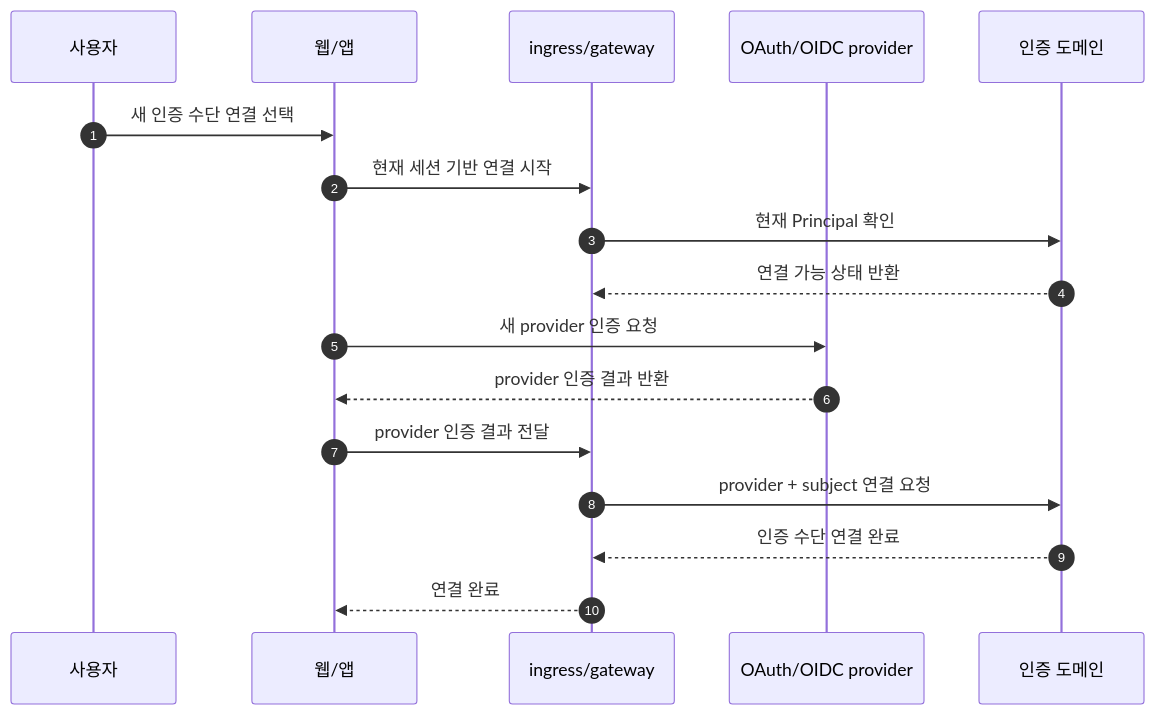
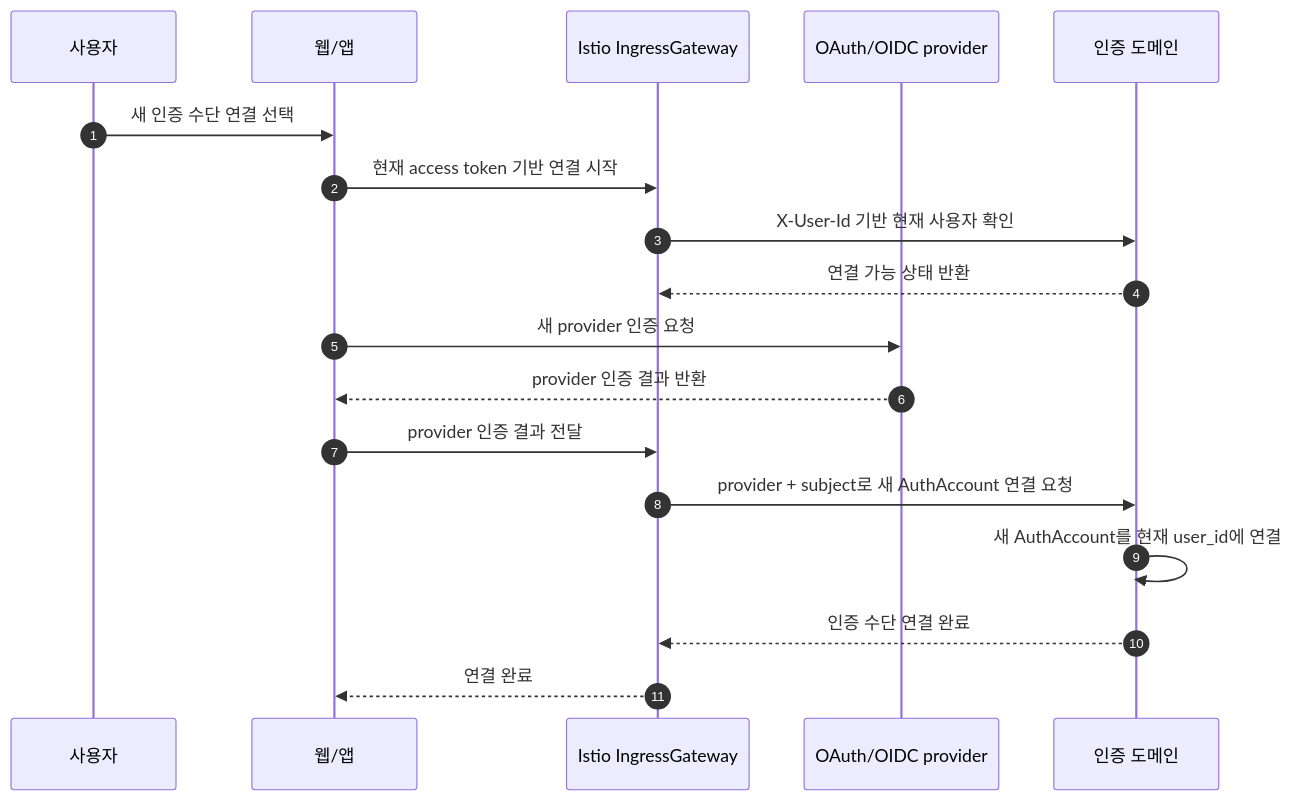
Before and after one commit to Medikong/archive: the sixth of 15 diagrams in features/auth-user/01-scenarios.md, drawn with Mermaid. The commit also changed other lines of this file and 5 other files, not shown here.

Commit message:
docs(auth-user): revise auth user service design

````diff
--- a/features/auth-user/01-scenarios.md
+++ b/features/auth-user/01-scenarios.md
@@ -385,20 +466,21 @@
 ```mermaid
 sequenceDiagram
     autonumber
     participant U as 사용자
     participant FE as 웹/앱
-    participant GW as ingress/gateway
+    participant GW as Istio IngressGateway
     participant OP as OAuth/OIDC provider
     participant AUTH as 인증 도메인
 
     U->>FE: 새 인증 수단 연결 선택
-    FE->>GW: 현재 세션 기반 연결 시작
-    GW->>AUTH: 현재 Principal 확인
+    FE->>GW: 현재 access token 기반 연결 시작
+    GW->>AUTH: X-User-Id 기반 현재 사용자 확인
     AUTH-->>GW: 연결 가능 상태 반환
     FE->>OP: 새 provider 인증 요청
     OP-->>FE: provider 인증 결과 반환
     FE->>GW: provider 인증 결과 전달
-    GW->>AUTH: provider + subject 연결 요청
+    GW->>AUTH: provider + subject로 새 AuthAccount 연결 요청
+    AUTH->>AUTH: 새 AuthAccount를 현재 user_id에 연결
     AUTH-->>GW: 인증 수단 연결 완료
     GW-->>FE: 연결 완료
 ```
````
